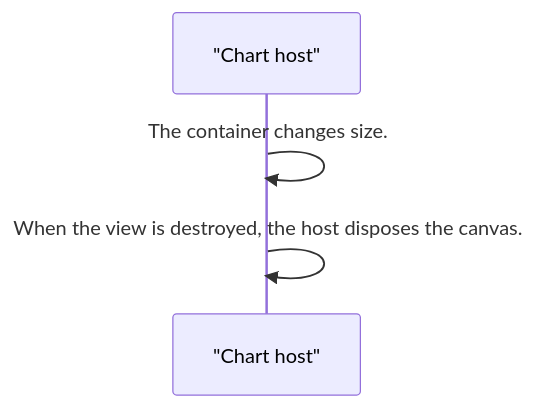
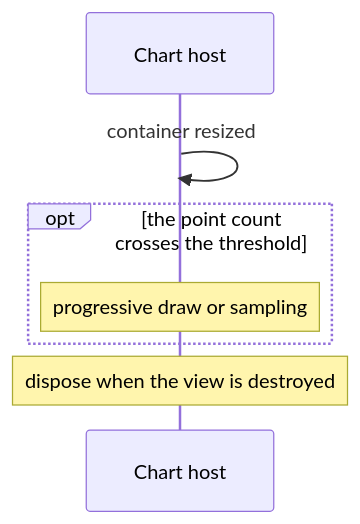
One commit to RajshekharBorate/pixel-ui changed the third of 4 diagrams in projects/pixel-ui/src/lib/pixel-chart/DESIGN.md. Above: the diagram before and after it, drawn with Mermaid. The commit also changed other lines of this file and 73 other files, not shown here.

Commit message:
Explain who owns each value and what each flow does in every component and service design.

````diff
--- a/projects/pixel-ui/src/lib/pixel-chart/DESIGN.md
+++ b/projects/pixel-ui/src/lib/pixel-chart/DESIGN.md
@@ -62,6 +80,9 @@
 ```mermaid
 sequenceDiagram
-  participant host as "Chart host"
-  host->>host: The container changes size.
-  host->>host: When the view is destroyed, the host disposes the canvas.
+  participant Host as Chart host
+  Host->>Host: container resized
+  opt the point count crosses the threshold
+    Note over Host: progressive draw or sampling
+  end
+  Note over Host: dispose when the view is destroyed
 ```
````
